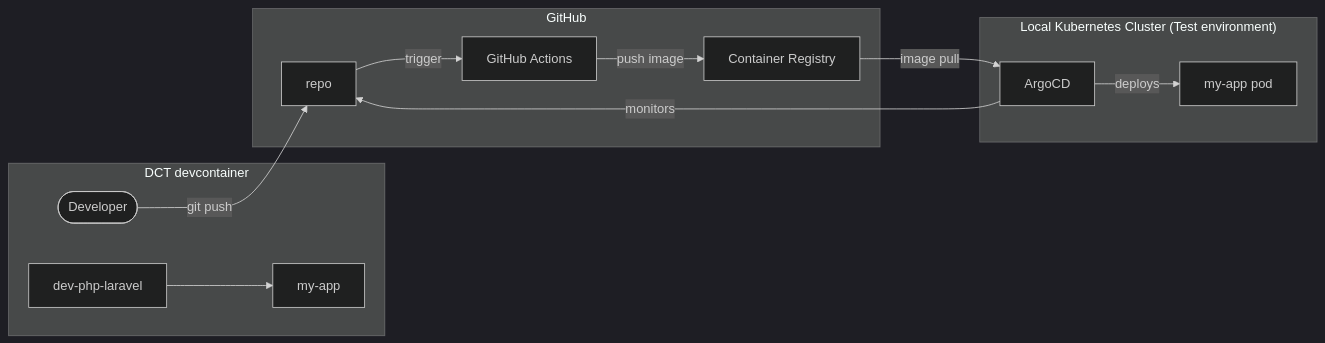
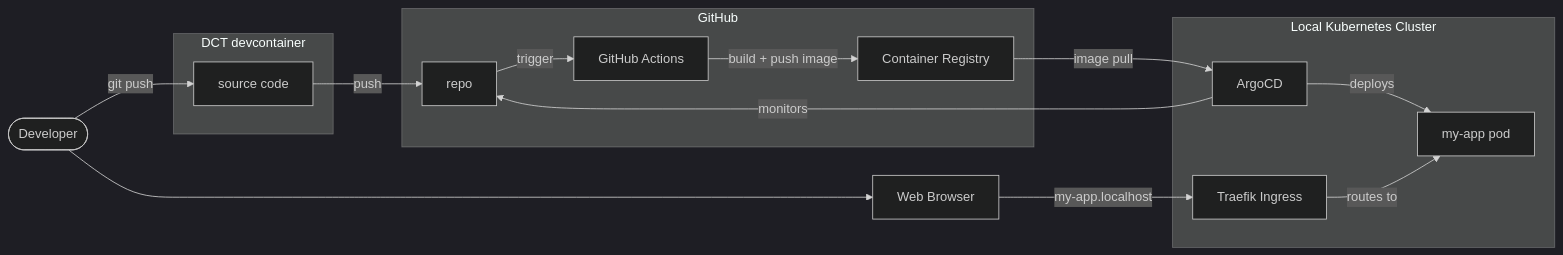
One commit to helpers-no/dev-templates changed the first of 2 diagrams in website/docs/templates/basic-web-server/php-basic-webserver.mdx. Above: the diagram before and after it, drawn with Mermaid (dark theme). The commit also changed other lines of this file and 18 other files, not shown here.

First line of the commit message:
Architecture diagram v2: two-diagram split (local dev + deploy)

````diff
--- a/website/docs/templates/basic-web-server/php-basic-webserver.mdx
+++ b/website/docs/templates/basic-web-server/php-basic-webserver.mdx
@@ -51,25 +51,32 @@
 ```mermaid
 flowchart LR
+    dev(["Developer"])
+    browser["Web Browser"]
+
     subgraph dct["DCT devcontainer"]
-        dev(["Developer"])
-        dev_php_laravel["dev-php-laravel"]
-        app["my-app"]
+        src["source code"]
     end
-    subgraph k8s["Local Kubernetes Cluster (Test environment)"]
-        argo["ArgoCD"]
-        pod["my-app pod"]
-    end
+
     subgraph gh["GitHub"]
         repo["repo"]
         actions["GitHub Actions"]
         ghcr["Container Registry"]
     end
 
-    dev_php_laravel --> app
-    dev -->|git push| repo
+    subgraph k8s["Local Kubernetes Cluster"]
+        traefik["Traefik Ingress"]
+        argo["ArgoCD"]
+        pod["my-app pod"]
+    end
+
+    dev -->|git push| src
+    src -->|push| repo
     repo -->|trigger| actions
-    actions -->|push image| ghcr
+    actions -->|build + push image| ghcr
     argo -->|monitors| repo
     ghcr -->|image pull| argo
     argo -->|deploys| pod
+    traefik -->|routes to| pod
+    browser -->|my-app.localhost| traefik
+    dev --> browser
 ```
````
